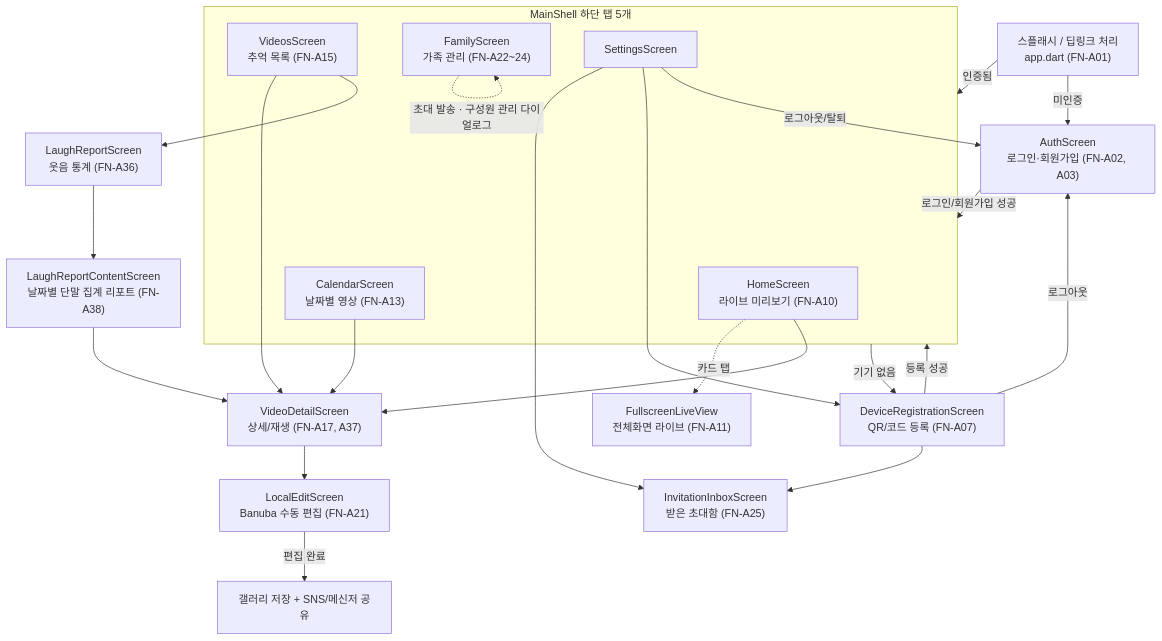
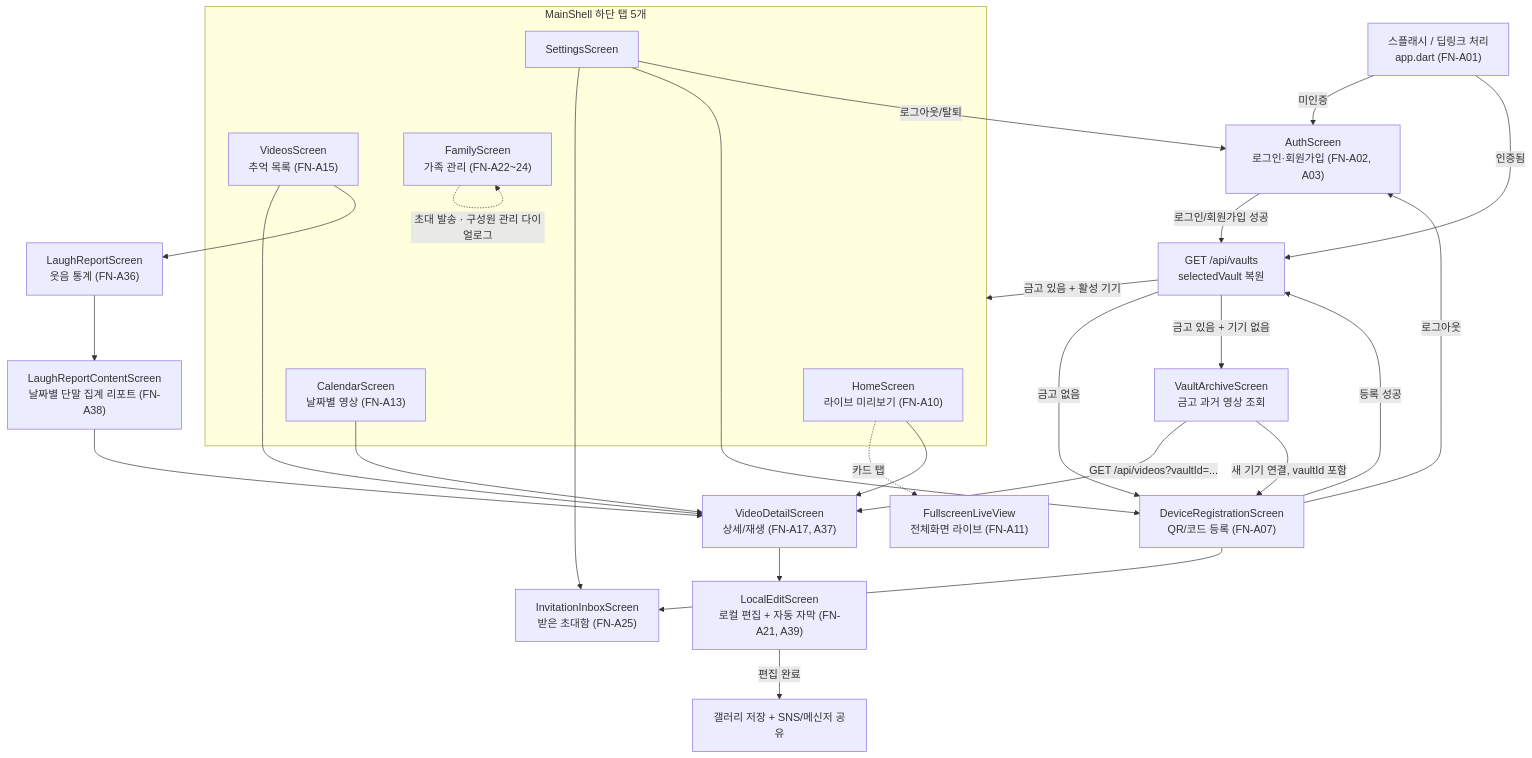
The diagram in 자료/docs/ai에게 입력용 문서/03-features.md (limbs-han/Bbanggeut), drawn with Mermaid before and after one commit. The commit also changed other lines of this file and 39 other files, not shown here.

````diff
--- a/자료/docs/ai에게 입력용 문서/03-features.md
+++ b/자료/docs/ai에게 입력용 문서/03-features.md
@@ -71,36 +72,40 @@
 ```mermaid
 flowchart TD
     Splash["스플래시 / 딥링크 처리\napp.dart (FN-A01)"] -->|미인증| Auth["AuthScreen\n로그인·회원가입 (FN-A02, A03)"]
-    Splash -->|인증됨| Shell["MainShell (FN-A06)"]
+    Splash -->|인증됨| VaultLoad["GET /api/vaults\nselectedVault 복원"]
 
-    Auth -->|로그인/회원가입 성공| Shell
-    Shell -->|기기 없음| DeviceReg["DeviceRegistrationScreen\nQR/코드 등록 (FN-A07)"]
-    DeviceReg -->|등록 성공| Shell
+    Auth -->|로그인/회원가입 성공| VaultLoad
+    VaultLoad -->|금고 없음| DeviceReg["DeviceRegistrationScreen\nQR/코드 등록 (FN-A07)"]
+    VaultLoad -->|금고 있음 + 활성 기기| Shell["MainShell (FN-A06)"]
+    VaultLoad -->|금고 있음 + 기기 없음| VaultArchive["VaultArchiveScreen\n금고 과거 영상 조회"]
+    VaultArchive -->|GET /api/videos?vaultId=...| VideoDetail
+    VaultArchive -->|새 기기 연결, vaultId 포함| DeviceReg
+    DeviceReg -->|등록 성공| VaultLoad
     DeviceReg --> InvInbox["InvitationInboxScreen\n받은 초대함 (FN-A25)"]
     DeviceReg -->|로그아웃| Auth
 
     subgraph Shell["MainShell 하단 탭 5개"]
         Home["HomeScreen\n라이브 미리보기 (FN-A10)"]
         Calendar["CalendarScreen\n날짜별 영상 (FN-A13)"]
         Videos["VideosScreen\n추억 목록 (FN-A15)"]
         Family["FamilyScreen\n가족 관리 (FN-A22~24)"]
         Settings["SettingsScreen"]
     end
 
     Home -. 카드 탭 .-> FullscreenLive["FullscreenLiveView\n전체화면 라이브 (FN-A11)"]
     Home --> VideoDetail["VideoDetailScreen\n상세/재생 (FN-A17, A37)"]
     Calendar --> VideoDetail
     Videos --> VideoDetail
     Videos --> LaughReport["LaughReportScreen\n웃음 통계 (FN-A36)"]
     LaughReport --> ReportScreen["LaughReportContentScreen\n날짜별 단말 집계 리포트 (FN-A38)"]
     ReportScreen --> VideoDetail
 
-    VideoDetail --> LocalEdit["LocalEditScreen\nBanuba 수동 편집 (FN-A21)"]
+    VideoDetail --> LocalEdit["LocalEditScreen\n로컬 편집 + 자동 자막 (FN-A21, A39)"]
     LocalEdit -->|편집 완료| Gallery["갤러리 저장 + SNS/메신저 공유"]
 
     Settings --> InvInbox
     Settings --> DeviceReg
     Settings -->|로그아웃/탈퇴| Auth
 
     Family -.->|초대 발송 · 구성원 관리 다이얼로그| Family
 ```
````
